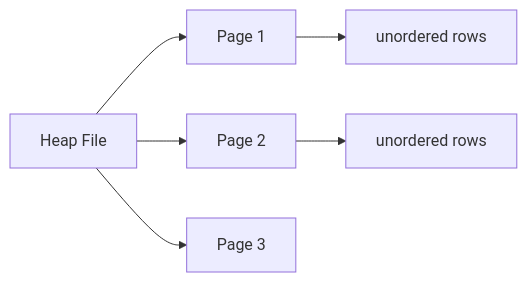
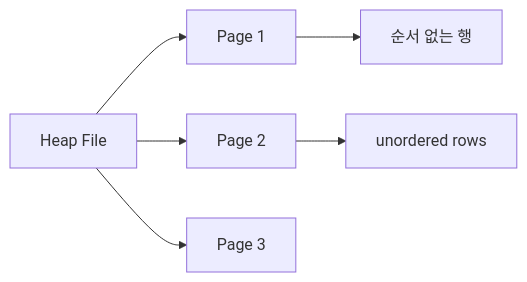
Diagram 20 of 54 in _posts/cs-note/2026-02-27-database.md (mandoobox/mandoobox.github.io), drawn with Mermaid before and after one commit. The commit also changed other lines of this file and 18 other files, not shown here.

````diff
--- a/_posts/cs-note/2026-02-27-database.md
+++ b/_posts/cs-note/2026-02-27-database.md
@@ -719,8 +720,8 @@
 ```mermaid
 flowchart LR
   HF[Heap File] --> PG1[Page 1]
   HF --> PG2[Page 2]
   HF --> PG3[Page 3]
-  PG1 --> R1[unordered rows]
+  PG1 --> R1[순서 없는 행]
   PG2 --> R2[unordered rows]
 ```
````
